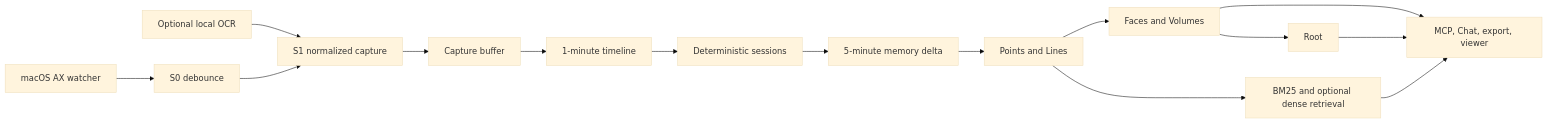
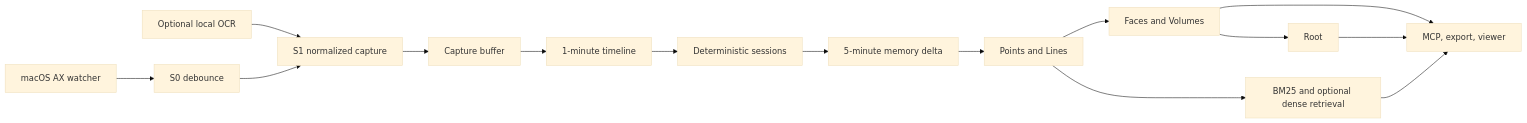
One commit to GouBuliya/personal-model changed the diagram in README.md. Above: the diagram before and after it, drawn with Mermaid (base theme). The commit also changed other lines of this file and 77 other files, not shown here.

First line of the commit message:
Remove the Chat feature; keep the core Runtime and MCP

````diff
--- a/README.md
+++ b/README.md
@@ -276,17 +274,17 @@
 ```mermaid
 flowchart LR
   AX[macOS AX watcher] --> S0[S0 debounce]
   OCR[Optional local OCR] --> S1[S1 normalized capture]
   S0 --> S1
   S1 --> BUF[Capture buffer]
   BUF --> TL[1-minute timeline]
   TL --> SES[Deterministic sessions]
   SES --> DELTA[5-minute memory delta]
   DELTA --> PL[Points and Lines]
   PL --> FV[Faces and Volumes]
   FV --> ROOT[Root]
   PL --> RET[BM25 and optional dense retrieval]
-  FV --> MCP[MCP, Chat, export, viewer]
+  FV --> MCP[MCP, export, viewer]
   ROOT --> MCP
   RET --> MCP
 ```
````
